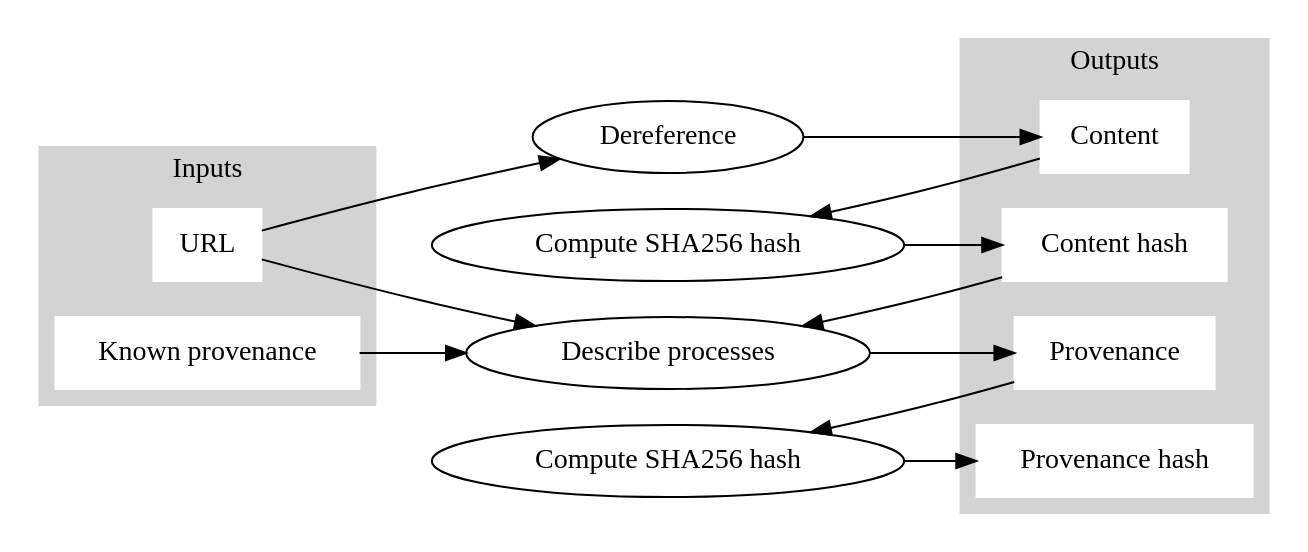
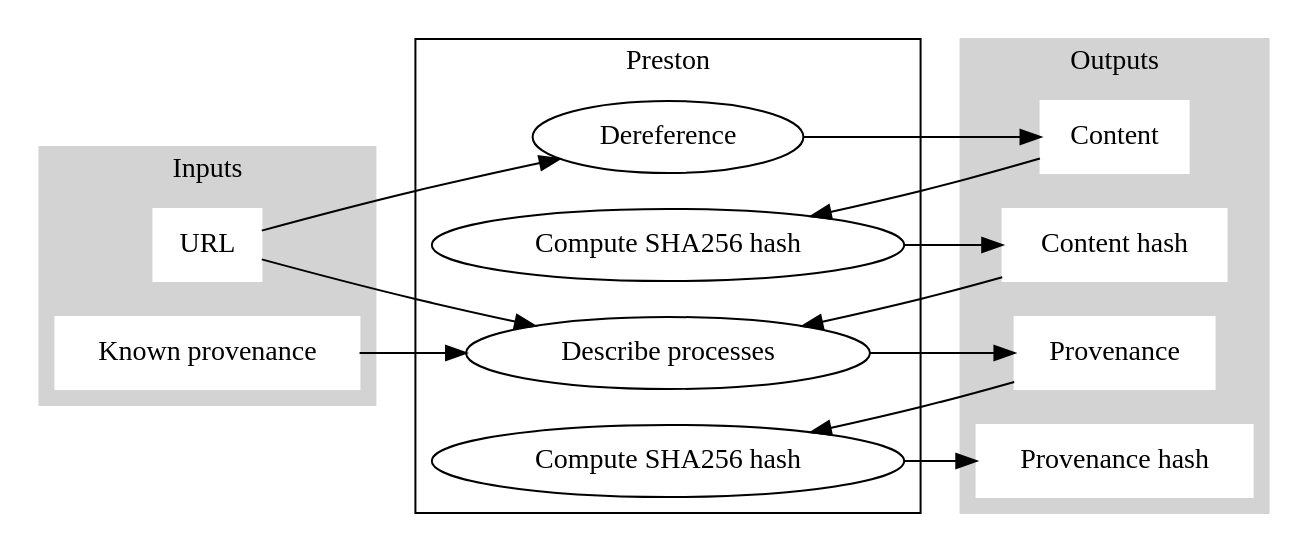
One commit to bio-guoda/preston changed the diagram in docs/simple-case-processes.dot. Above: the diagram before and after it, drawn with Graphviz. The commit also changed 2 other files, not shown here.

Commit message:
add a 'preston' label to the processes cluster as suggested by @jhpoelen

```diff
--- a/docs/simple-case-processes.dot
+++ b/docs/simple-case-processes.dot
@@ -1,36 +1,36 @@
 digraph G {
     rankdir="LR"
     
     subgraph cluster_0 {
         style=filled
         color=lightgrey
         node [style=filled, color=white, shape=Mrectangle]
         label = "Inputs"
         url [label="URL"]
         previousProv [label="Known provenance"]
     }
     
     subgraph cluster_1 {
-        style=invis
+        label = "Preston"
         dereference [label="Dereference"]
         generateProvenance [label="Describe processes"]
         computeContentHash [label="Compute SHA256 hash"]
         computeProvHash [label="Compute SHA256 hash"]
     }
     
     subgraph cluster_2 {
         style=filled
         color=lightgrey
         node [style=filled, color=white, shape=Mrectangle]
         label = "Outputs"
         content [label="Content"]
         contentHash [label="Content hash"]
         newProv [label="Provenance"]
         newProvHash [label="Provenance hash"]
     }
     
     url -> dereference -> content
     content -> computeContentHash -> contentHash
     url, previousProv, contentHash -> generateProvenance -> newProv
     newProv -> computeProvHash -> newProvHash
 }
```
